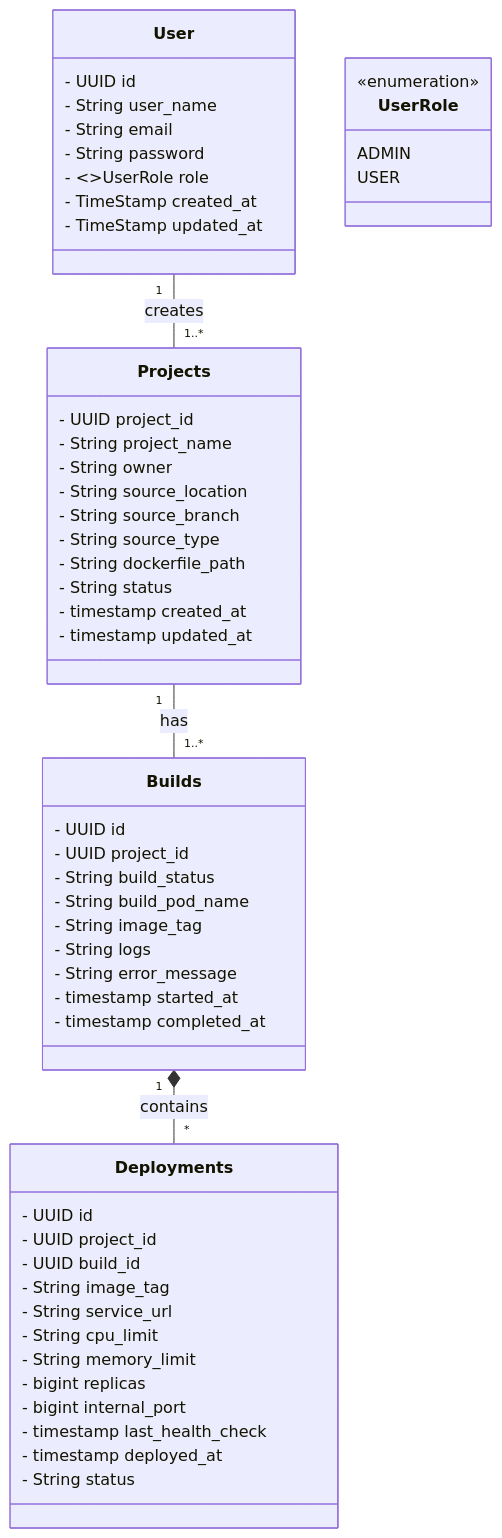
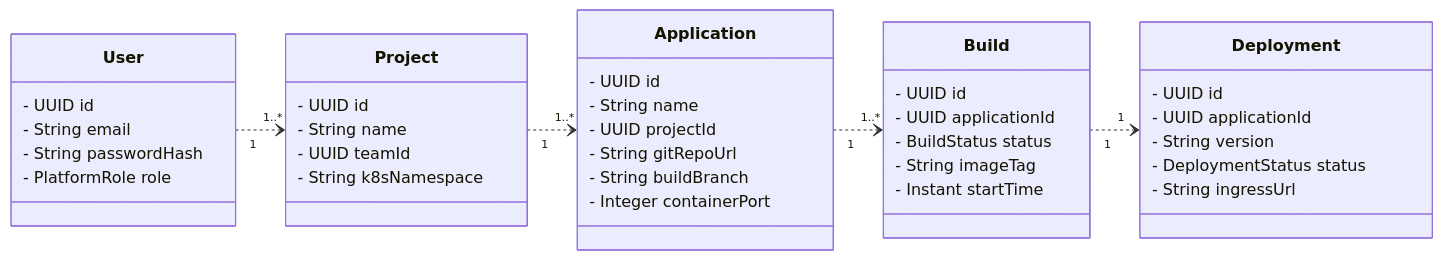
One commit to A-007481D/KubeLite changed the diagram in diagrams/entity/entity-diagram.mmd. Above: the diagram before and after it, drawn with Mermaid. The commit also changed 1 other file, not shown here.

Commit message:
docs(diagrams): align class and entity diagrams with Spring Modulith reality

```diff
--- a/diagrams/entity/entity-diagram.mmd
+++ b/diagrams/entity/entity-diagram.mmd
@@ -1,69 +1,47 @@
 classDiagram
-    LR
-
-    %% Entities
+    direction LR
 
     class User {
         - UUID id
-        - String user_name
         - String email
-        - String password
-        - <<enumeration>>UserRole role
-        - TimeStamp created_at
-        - TimeStamp updated_at
- }
+        - String passwordHash
+        - PlatformRole role
+    }
 
-    class Projects {
-        - UUID project_id
-        - String project_name
-        - String owner
-        - String source_location
-        - String source_branch
-        - String source_type
-        - String dockerfile_path
-        - String status
-        - timestamp created_at
-        - timestamp updated_at
- }
+    class Project {
+        - UUID id
+        - String name
+        - UUID teamId
+        - String k8sNamespace
+    }
 
-    class Builds {
+    class Application {
         - UUID id
-        - UUID project_id
-        - String build_status
-        - String build_pod_name
-        - String image_tag
-        - String logs
-        - String error_message
-        - timestamp started_at
-        - timestamp completed_at
- }
+        - String name
+        - UUID projectId
+        - String gitRepoUrl
+        - String buildBranch
+        - Integer containerPort
+    }
 
+    class Build {
+        - UUID id
+        - UUID applicationId
+        - BuildStatus status
+        - String imageTag
+        - Instant startTime
+    }
 
-    class Deployments {
+    class Deployment {
         - UUID id
-        - UUID project_id
-        - UUID build_id
-        - String image_tag
-        - String service_url
-        - String cpu_limit
-        - String memory_limit
-        - bigint replicas
-        - bigint internal_port
-        - timestamp last_health_check
-        - timestamp deployed_at
-        - String status
- }
+        - UUID applicationId
+        - String version
+        - DeploymentStatus status
+        - String ingressUrl
+    }
 
-    %% Enumerations
-
-    class UserRole {
-        <<enumeration>>
-        ADMIN
-        USER
- }
-
-
-    %% Relationships
-     User "1" -- "1..*" Projects : creates
-     Projects "1" --  "1..*" Builds : has
-     Builds "1" *-- "*" Deployments : contains
+    %% Cross-Module Connections (Handled via UUID in code)
+    User "1" ..> "1..*" Project
+    Project "1" ..> "1..*" Application
+    Application "1" ..> "1..*" Build
+    Build "1" ..> "1" Deployment
```
